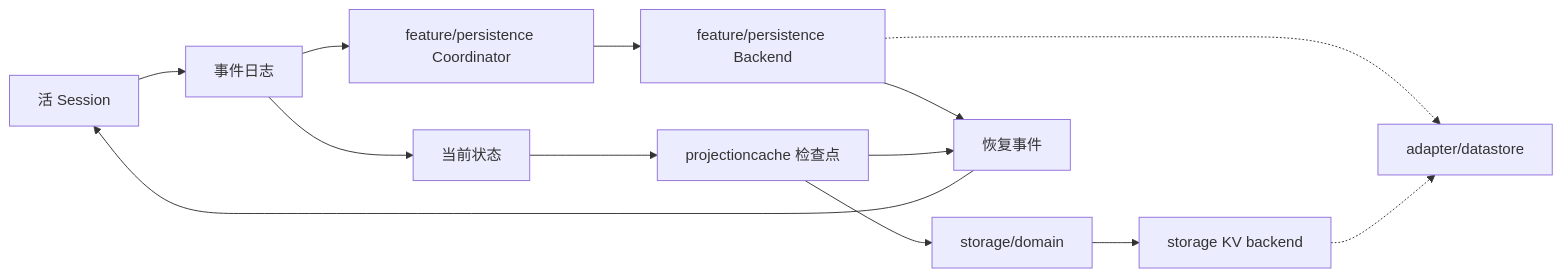
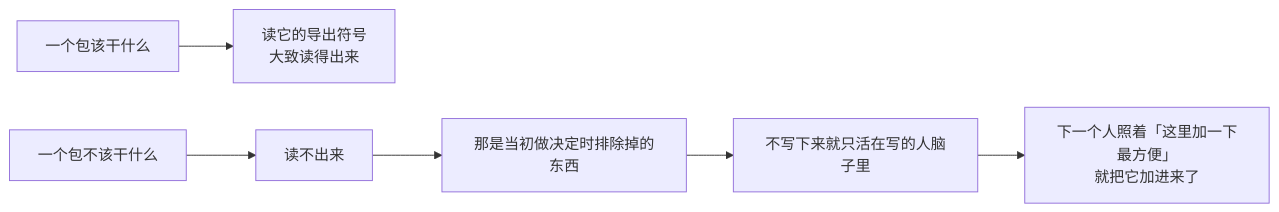
One commit to snight1983/ds-harness-go changed diagram 18 of 42 in docs/architecture.md. Above: the diagram before and after it, drawn with Mermaid. The commit also changed other lines of this file and 43 other files, not shown here.

Commit message:
docs: 图解架构与模块设计

````diff
--- a/docs/architecture.md
+++ b/docs/architecture.md
@@ -223,18 +217,8 @@
 ```mermaid
 flowchart LR
-    Live["活 Session"] --> Events["事件日志"]
-    Events --> Coordinator["feature/persistence Coordinator"]
-    Coordinator --> SessionStore["feature/persistence Backend"]
-
-    Events --> Current["当前状态"]
-    Current --> Cache["projectioncache 检查点"]
-    Cache --> Domain["storage/domain"]
-    Domain --> KVBackend["storage KV backend"]
-
-    SessionStore --> Restore["恢复事件"]
-    Cache --> Restore
-    Restore --> Live
-
-    SessionStore -.-> DS["adapter/datastore"]
-    KVBackend -.-> DS
+    A["一个包该干什么"] --> A1["读它的导出符号<br/>大致读得出来"]
+    B["一个包不该干什么"] --> B1["读不出来"]
+    B1 --> B2["那是当初做决定时排除掉的东西"]
+    B2 --> B3["不写下来就只活在写的人脑子里"]
+    B3 --> B4["下一个人照着「这里加一下最方便」<br/>就把它加进来了"]
 ```
````
